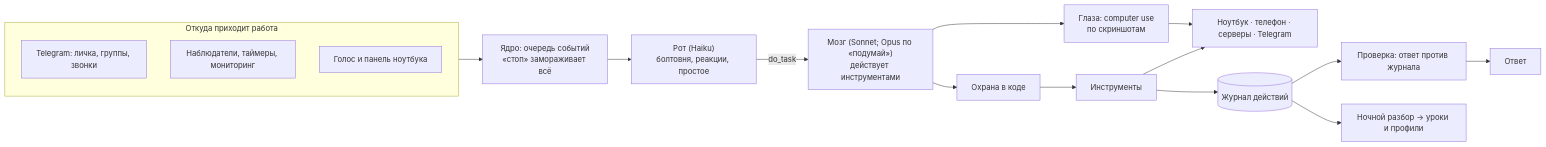
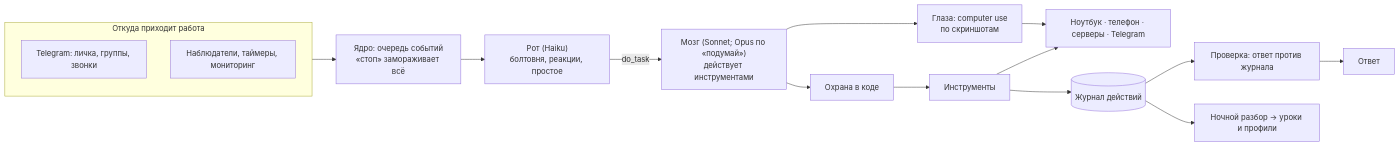
One commit to v4ntux/jarvis changed the diagram in README.md. Above: the diagram before and after it, drawn with Mermaid.

Commit message:
README: drop the laptop panel from the diagram (the panel is gone)

````diff
--- a/README.md
+++ b/README.md
@@ -27,20 +27,19 @@
 ```mermaid
 flowchart LR
     subgraph In["Откуда приходит работа"]
         TG["Telegram: личка, группы, звонки"]
         EV["Наблюдатели, таймеры, мониторинг"]
-        LP["Голос и панель ноутбука"]
     end
     In --> Core["Ядро: очередь событий<br/>«стоп» замораживает всё"]
     Core --> Mouth["Рот (Haiku)<br/>болтовня, реакции, простое"]
     Mouth -- "do_task" --> Brain["Мозг (Sonnet; Opus по «подумай»)<br/>действует инструментами"]
     Brain --> Guard["Охрана в коде"]
     Guard --> Tools["Инструменты"]
     Tools --> Dev["Ноутбук · телефон · серверы · Telegram"]
     Brain --> Eyes["Глаза: computer use<br/>по скриншотам"]
     Eyes --> Dev
     Tools --> Journal[("Журнал действий")]
     Journal --> Check["Проверка: ответ против журнала"]
     Check --> Out["Ответ"]
     Journal --> Night["Ночной разбор → уроки и профили"]
 ```
````
